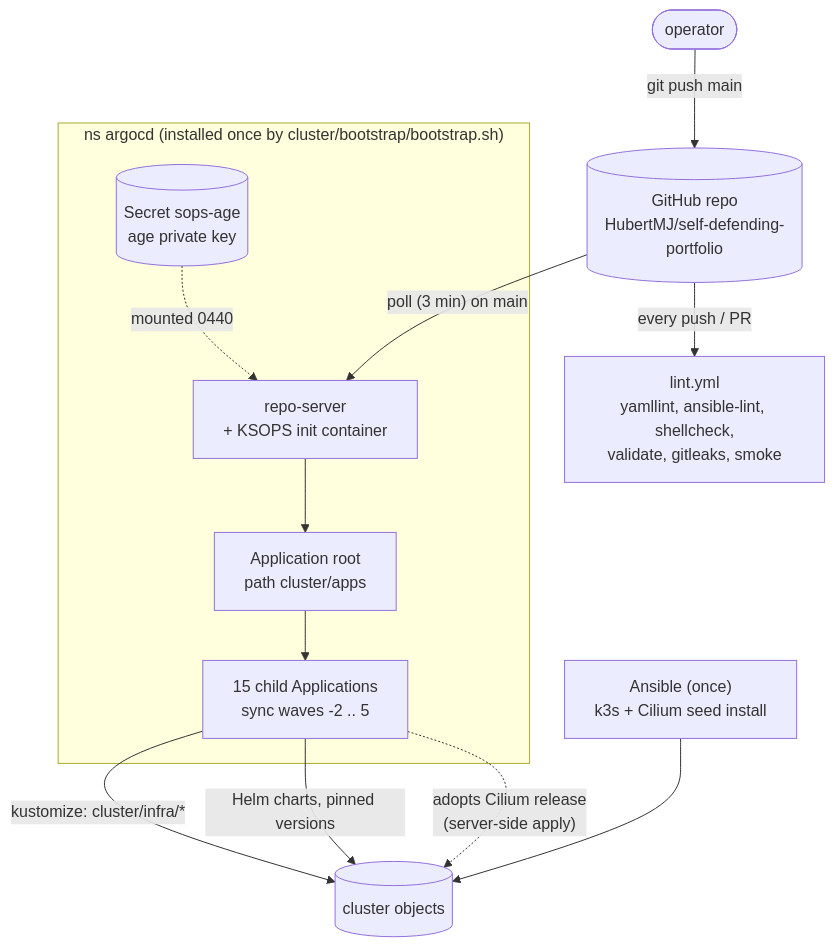
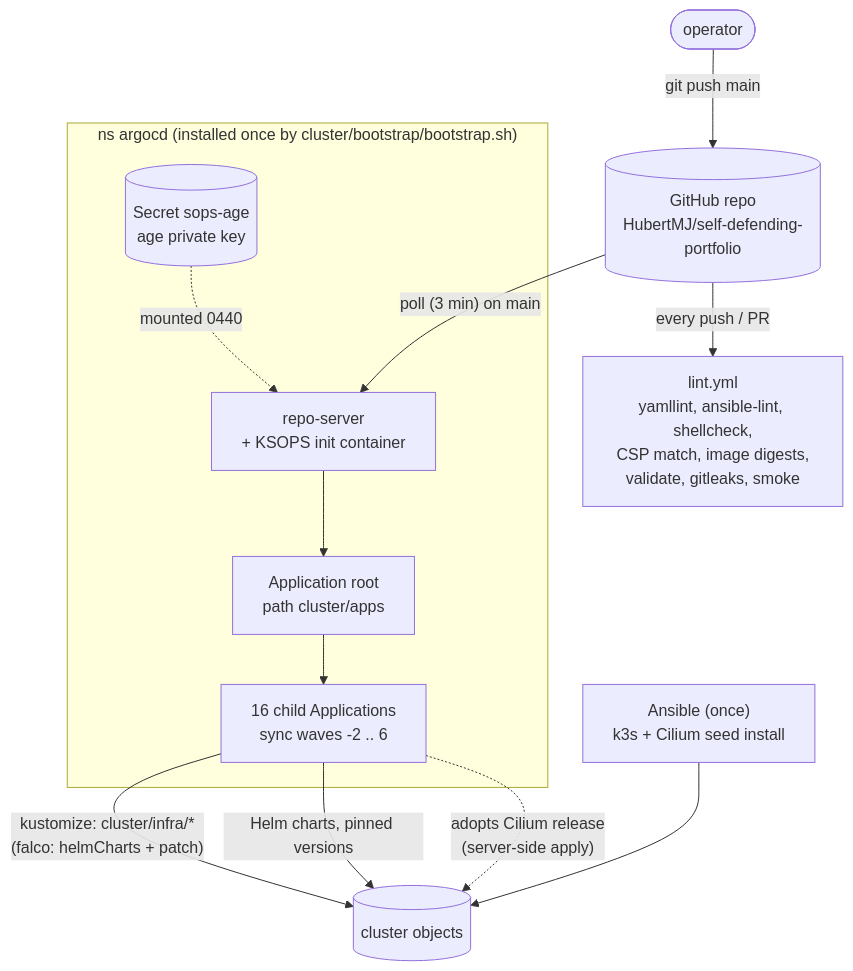
The second of 5 diagrams in docs/architecture/README.md (HubertMJ/self-defending-portfolio), drawn with Mermaid before and after one commit. The commit also changed other lines of this file and 1 other file, not shown here.

First line of the commit message:
docs: architecture diagrams with the portfolio API, the scenarios and one image workflow

````diff
--- a/docs/architecture/README.md
+++ b/docs/architecture/README.md
@@ -93,18 +99,18 @@
 ```mermaid
 flowchart TB
     DEV([operator]) -- "git push main" --> GH[("GitHub repo<br/>HubertMJ/self-defending-portfolio")]
-    GH -- "every push / PR" --> CI["lint.yml<br/>yamllint, ansible-lint, shellcheck,<br/>validate, gitleaks, smoke"]
+    GH -- "every push / PR" --> CI["lint.yml<br/>yamllint, ansible-lint, shellcheck,<br/>CSP match, image digests,<br/>validate, gitleaks, smoke"]
     subgraph NS_ARGO["ns argocd (installed once by cluster/bootstrap/bootstrap.sh)"]
         ROOT["Application root<br/>path cluster/apps"]
         RS["repo-server<br/>+ KSOPS init container"]
         AGE[("Secret sops-age<br/>age private key")]
-        APPS["15 child Applications<br/>sync waves -2 .. 5"]
+        APPS["16 child Applications<br/>sync waves -2 .. 6"]
     end
     GH -- "poll (3 min) on main" --> RS
     AGE -. "mounted 0440" .-> RS
     RS --> ROOT --> APPS
-    APPS -- "kustomize: cluster/infra/*" --> K8S[("cluster objects")]
+    APPS -- "kustomize: cluster/infra/*<br/>(falco: helmCharts + patch)" --> K8S[("cluster objects")]
     APPS -- "Helm charts, pinned versions" --> K8S
     ANS["Ansible (once)<br/>k3s + Cilium seed install"] --> K8S
     APPS -. "adopts Cilium release<br/>(server-side apply)" .-> K8S
 ```
````
